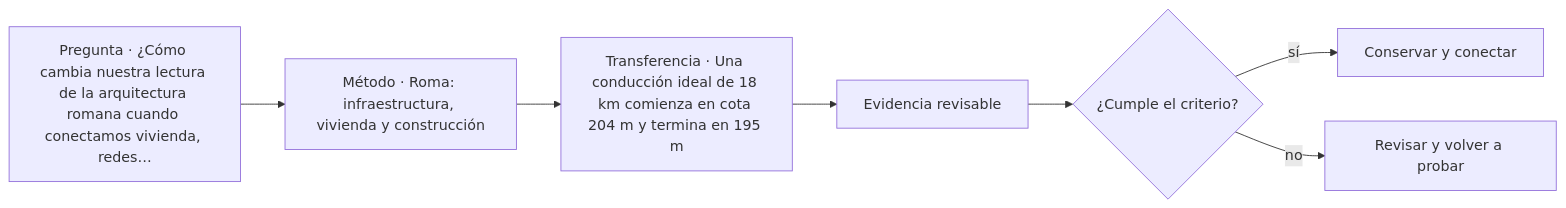
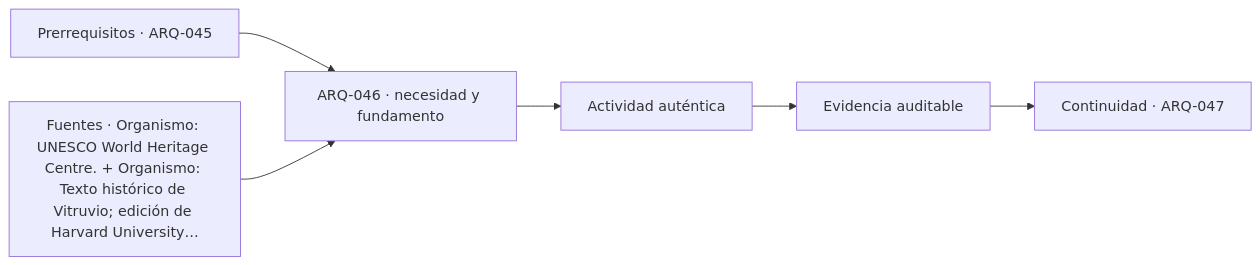
One commit to vladimiracunadev-create/architecture-built-environment-learning-program changed the diagram in classes/parte-05/ARQ-046.md. Above: the diagram before and after it, drawn with Mermaid. The commit also changed other lines of this file and 761 other files, not shown here.

````diff
--- a/classes/parte-05/ARQ-046.md
+++ b/classes/parte-05/ARQ-046.md
@@ -104,9 +116,8 @@
 ```mermaid
 flowchart LR
-    Q["Pregunta · ¿Cómo cambia nuestra lectura de la arquitectura romana cuando conectamos vivienda, redes…"] --> M["Método · Roma: infraestructura, vivienda y construcción"]
-    M --> P["Transferencia · Una conducción ideal de 18 km comienza en cota 204 m y termina en 195 m"]
-    P --> E["Evidencia revisable"]
-    E --> C{"¿Cumple el criterio?"}
-    C -->|sí| T["Conservar y conectar"]
-    C -->|no| R["Revisar y volver a probar"]
+    A["Prerrequisitos · ARQ-045"] --> B["ARQ-046 · necesidad y fundamento"]
+    S["Fuentes · Organismo: UNESCO World Heritage Centre. + Organismo: Texto histórico de Vitruvio; edición de Harvard University…"] --> B
+    B --> C["Actividad auténtica"]
+    C --> D["Evidencia auditable"]
+    D --> E["Continuidad · ARQ-047"]
 ```
````
